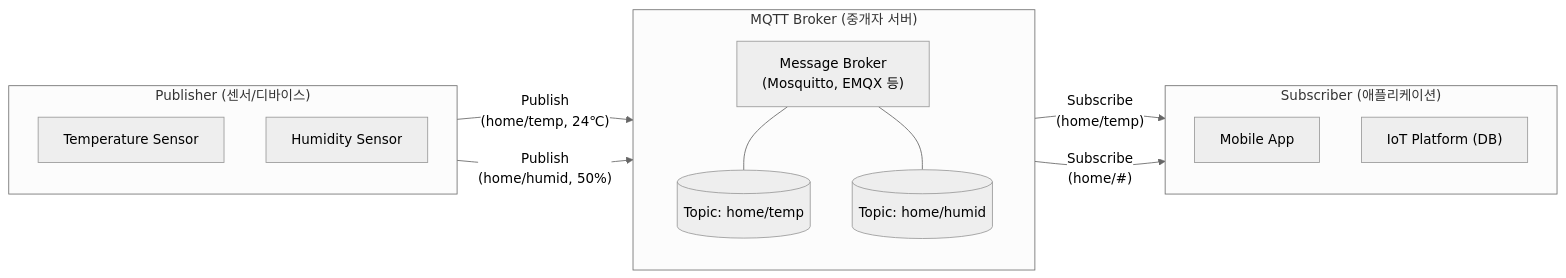
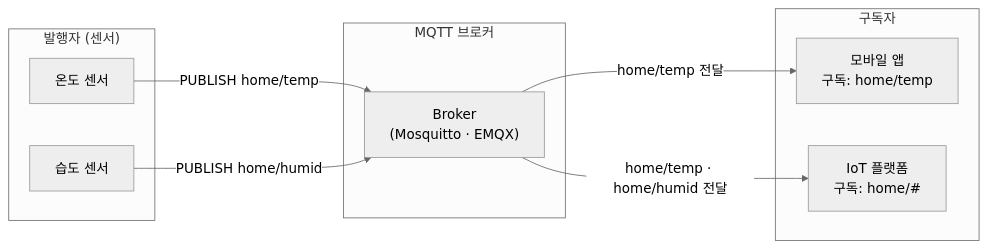
One commit to supremethumb/supremethumb.github.io changed the diagram in content/01_IT Tech/MQTT (Message Queuing Telemetry Transport).md. Above: the diagram before and after it, drawn with Mermaid (neutral theme). The commit also changed other lines of this file and 1087 other files, not shown here.

````diff
--- a/content/01_IT Tech/MQTT (Message Queuing Telemetry Transport).md
+++ b/content/01_IT Tech/MQTT (Message Queuing Telemetry Transport).md
@@ -29,30 +35,18 @@
 ```mermaid
 flowchart LR
-    subgraph Publisher["Publisher (센서/디바이스)"]
-        direction TB
-        S1["Temperature Sensor"]
-        S2["Humidity Sensor"]
+    subgraph PUB["발행자 (센서)"]
+        S1["온도 센서"]
+        S2["습도 센서"]
     end
-
-    subgraph Broker["MQTT Broker (중개자 서버)"]
-        direction TB
-        B["Message Broker<br/>(Mosquitto, EMQX 등)"]
-        T1[("Topic: home/temp")]
-        T2[("Topic: home/humid")]
-        
-        B --- T1
-        B --- T2
+    subgraph BR["MQTT 브로커"]
+        B["Broker<br/>(Mosquitto · EMQX)"]
     end
-
-    subgraph Subscriber["Subscriber (애플리케이션)"]
-        direction TB
-        C1["Mobile App"]
-        C2["IoT Platform (DB)"]
+    subgraph SUB["구독자"]
+        C1["모바일 앱<br/>구독: home/temp"]
+        C2["IoT 플랫폼<br/>구독: home/#"]
     end
-
-    S1 -- "Publish<br/>(home/temp, 24℃)" --> B
-    S2 -- "Publish<br/>(home/humid, 50%)" --> B
-    B -- "Subscribe<br/>(home/temp)" --> C1
-    B -- "Subscribe<br/>(home/#)" --> C2
-
+    S1 -- "PUBLISH home/temp" --> B
+    S2 -- "PUBLISH home/humid" --> B
+    B -- "home/temp 전달" --> C1
+    B -- "home/temp · home/humid 전달" --> C2
 ```
````
